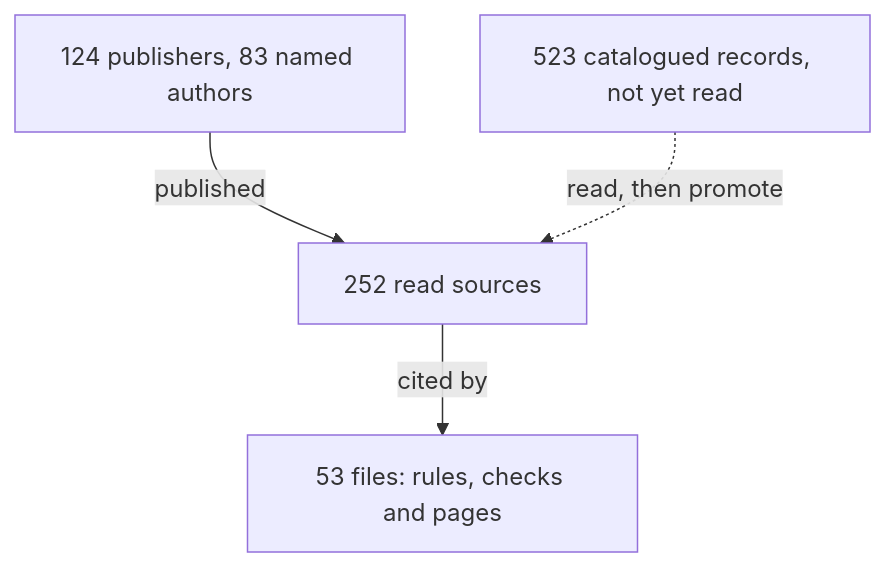
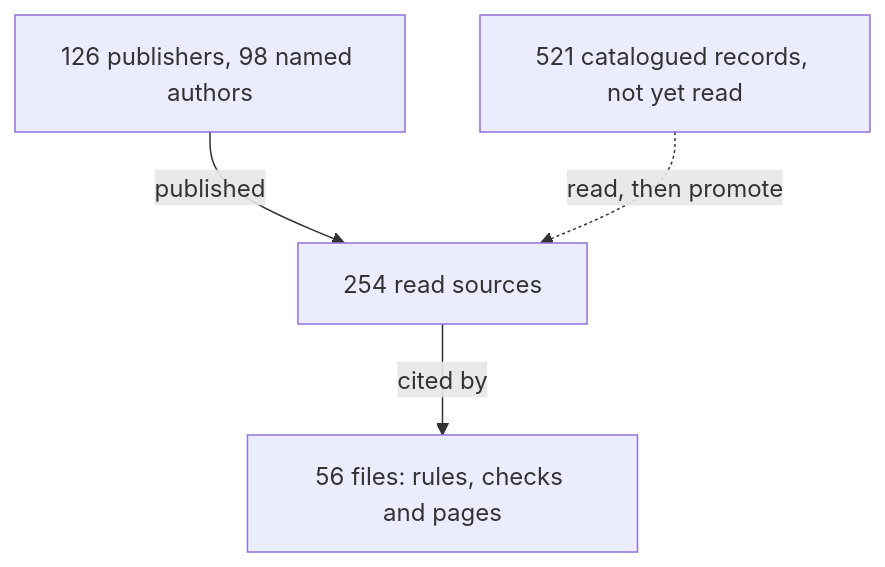
Before and after one commit to Valpatel/cad-agent: the diagram in docs/practice/experts.md, drawn with Mermaid. The commit also changed other lines of this file and 6 other files, not shown here.

````diff
--- a/docs/practice/experts.md
+++ b/docs/practice/experts.md
@@ -6,7 +6,7 @@
 ```mermaid
 flowchart TD
-  P["124 publishers, 83 named authors"] -->|published| S["252 read sources"]
-  S -->|cited by| U["53 files: rules, checks and pages"]
-  C["523 catalogued records, not yet read"] -.->|read, then promote| S
+  P["126 publishers, 98 named authors"] -->|published| S["254 read sources"]
+  S -->|cited by| U["56 files: rules, checks and pages"]
+  C["521 catalogued records, not yet read"] -.->|read, then promote| S
   class S here
 ```
````
